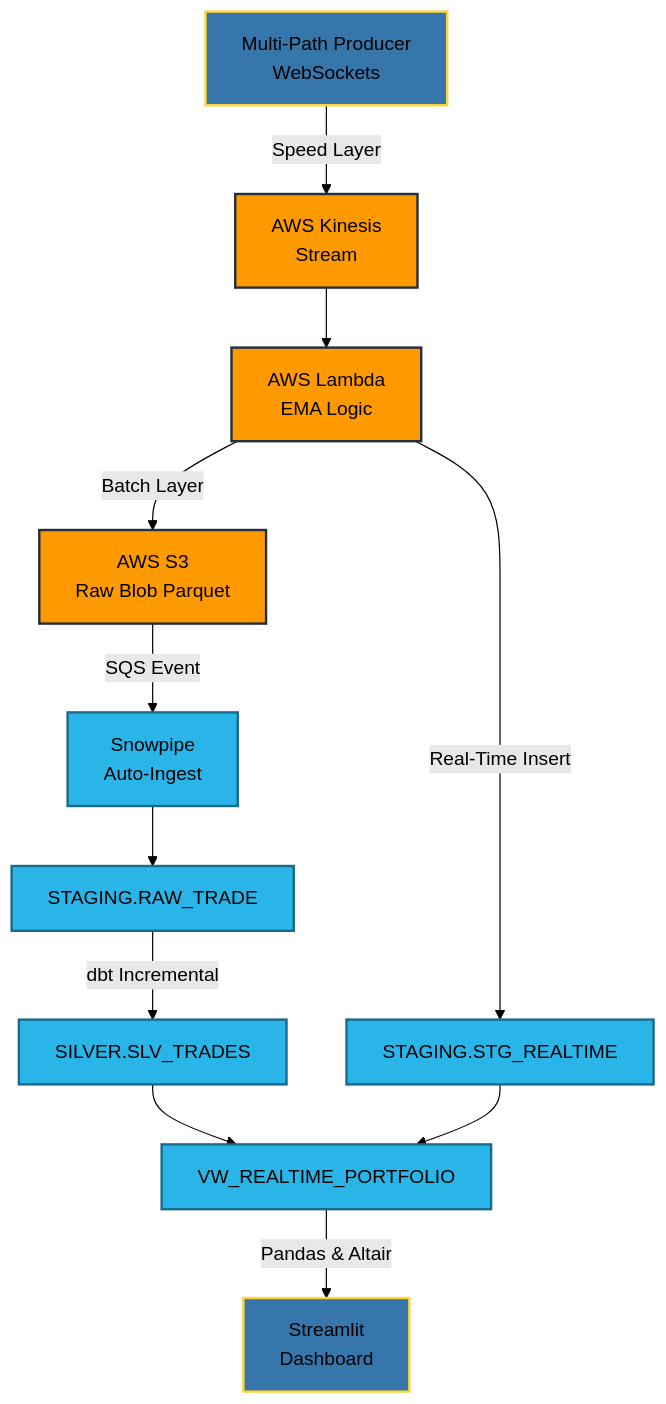
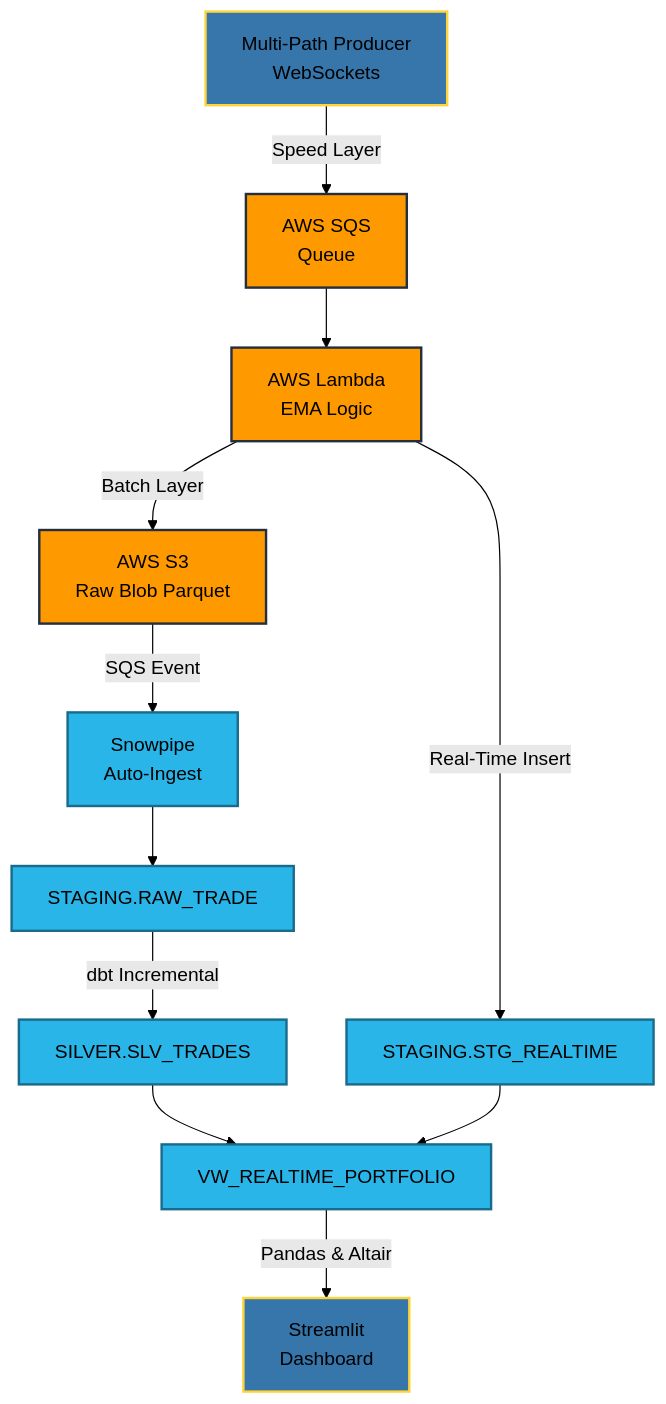
Before and after one commit to MichaelG-create/alpine-lambda-trade: the diagram in README.md, drawn with Mermaid (forest theme). The commit also changed other lines of this file and 11 other files, not shown here.

Commit message:
feat(speed_layer): migrate Kinesis to SQS to optimize for AWS Free Tier and update README

````diff
--- a/README.md
+++ b/README.md
@@ -9,24 +9,24 @@
 ```mermaid
 graph TD
     classDef aws fill:#FF9900,stroke:#232F3E,stroke-width:2px;
     classDef sf fill:#29B5E8,stroke:#1A6B8B,stroke-width:2px;
     classDef python fill:#3776AB,stroke:#FFD43B,stroke-width:2px;
 
     PROD[Multi-Path Producer<br>WebSockets]:::python
 
-    -- Speed Layer --> K[AWS Kinesis<br>Stream]:::aws
-    K --> L[AWS Lambda<br>EMA Logic]:::aws
+    -- Speed Layer --> SQS[AWS SQS<br>Queue]:::aws
+    SQS --> L[AWS Lambda<br>EMA Logic]:::aws
     
     -- Batch Layer --> S3[AWS S3<br>Raw Blob Parquet]:::aws
     S3 -- SQS Event --> SP[Snowpipe<br>Auto-Ingest]:::sf
     
     SP --> SG_RAW[STAGING.RAW_TRADE]:::sf
     SG_RAW -- dbt Incremental --> SL[SILVER.SLV_TRADES]:::sf
     
     L -- Real-Time Insert --> SG_RT[STAGING.STG_REALTIME]:::sf
     
     SL --> VW[VW_REALTIME_PORTFOLIO]:::sf
     SG_RT --> VW
     
     VW -- Pandas & Altair --> SM[Streamlit<br>Dashboard]:::python
 ```
````
